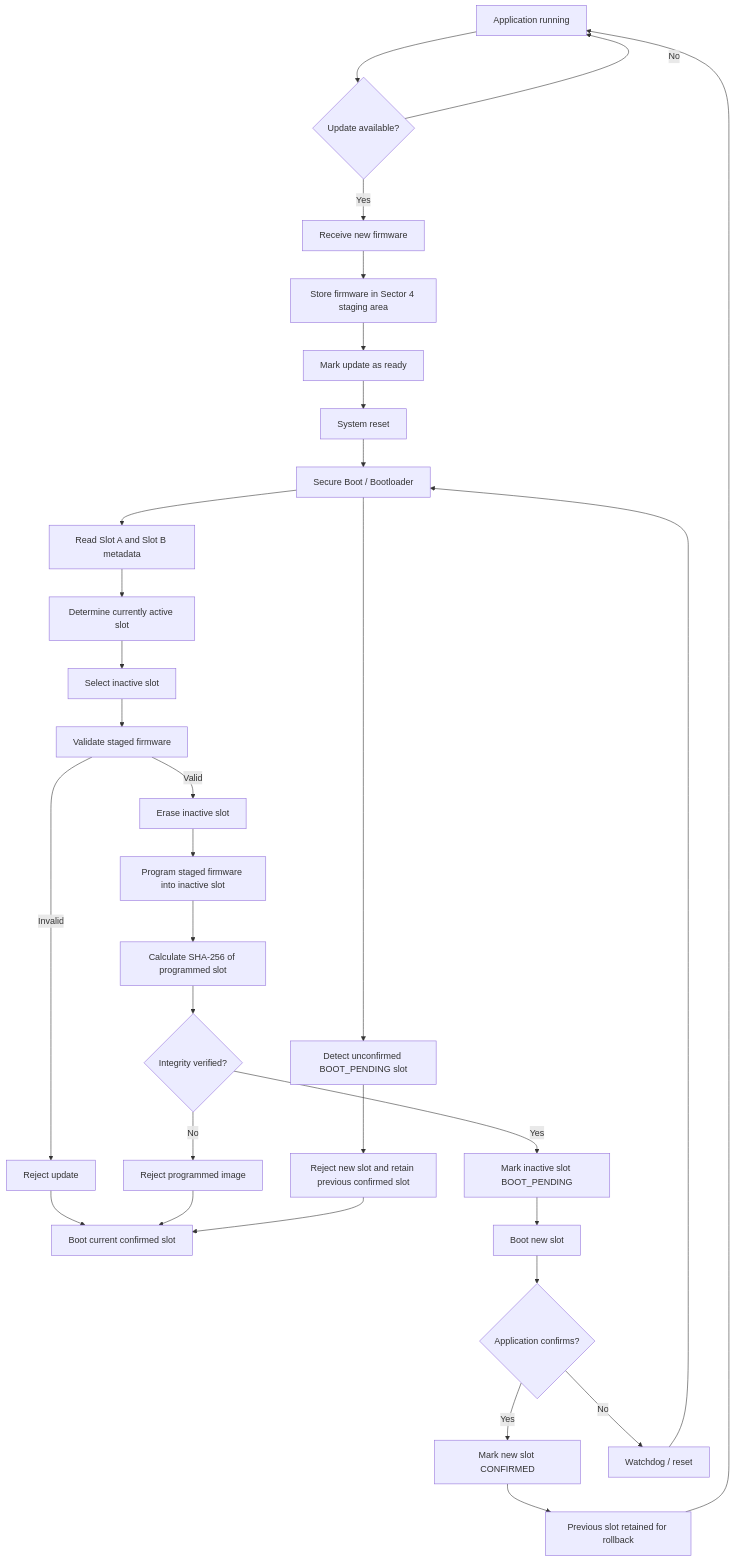
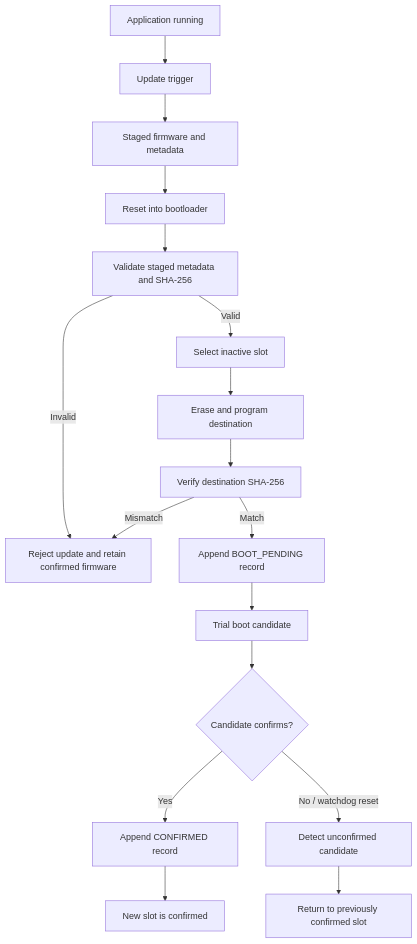
One commit to Mani9766/STM32-Project-05-Secure-Boot changed the diagram in README.md. Above: the diagram before and after it, drawn with Mermaid. The commit also changed other lines of this file, not shown here.

````diff
--- a/README.md
+++ b/README.md
@@ -107,40 +112,19 @@
 ```mermaid
 flowchart TD
-    A[Application running] --> B{Update available?}
-    B -- No --> A
-    B -- Yes --> C[Receive new firmware]
-    C --> D[Store firmware in Sector 4 staging area]
-    D --> E[Mark update as ready]
-    E --> F[System reset]
-    
-    F --> G[Secure Boot / Bootloader]
-    G --> H[Read Slot A and Slot B metadata]
-    H --> I[Determine currently active slot]
-    I --> J[Select inactive slot]
-    
-    J --> K[Validate staged firmware]
-    K -- Invalid --> L[Reject update]
-    L --> M[Boot current confirmed slot]
-    
-    K -- Valid --> N[Erase inactive slot]
-    N --> O[Program staged firmware into inactive slot]
-    O --> P[Calculate SHA-256 of programmed slot]
-    P --> Q{Integrity verified?}
-    
-    Q -- No --> R[Reject programmed image]
-    R --> M
-    
-    Q -- Yes --> S[Mark inactive slot BOOT_PENDING]
-    S --> T[Boot new slot]
-    T --> U{Application confirms?}
-    
-    U -- Yes --> V[Mark new slot CONFIRMED]
-    V --> W[Previous slot retained for rollback]
-    W --> A
-    
-    U -- No --> X[Watchdog / reset]
-    X --> G
-    G --> Y[Detect unconfirmed BOOT_PENDING slot]
-    Y --> Z[Reject new slot and retain previous confirmed slot]
-    Z --> M
+    A[Application running] --> B[Update trigger]
+    B --> C[Staged firmware and metadata]
+    C --> D[Reset into bootloader]
+    D --> E[Validate staged metadata and SHA-256]
+    E -->|Invalid| F[Reject update and retain confirmed firmware]
+    E -->|Valid| G[Select inactive slot]
+    G --> H[Erase and program destination]
+    H --> I[Verify destination SHA-256]
+    I -->|Mismatch| F
+    I -->|Match| J[Append BOOT_PENDING record]
+    J --> K[Trial boot candidate]
+    K --> L{Candidate confirms?}
+    L -->|Yes| M[Append CONFIRMED record]
+    M --> N[New slot is confirmed]
+    L -->|No / watchdog reset| O[Detect unconfirmed candidate]
+    O --> P[Return to previously confirmed slot]
 ```
````
